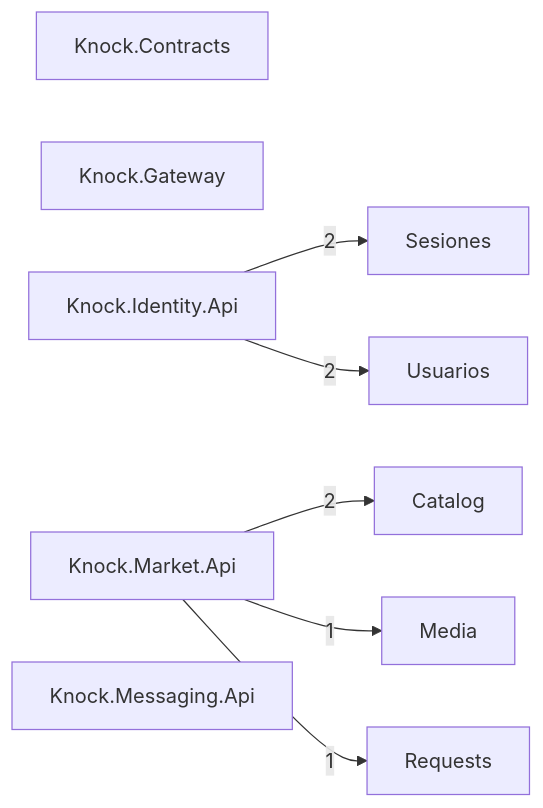
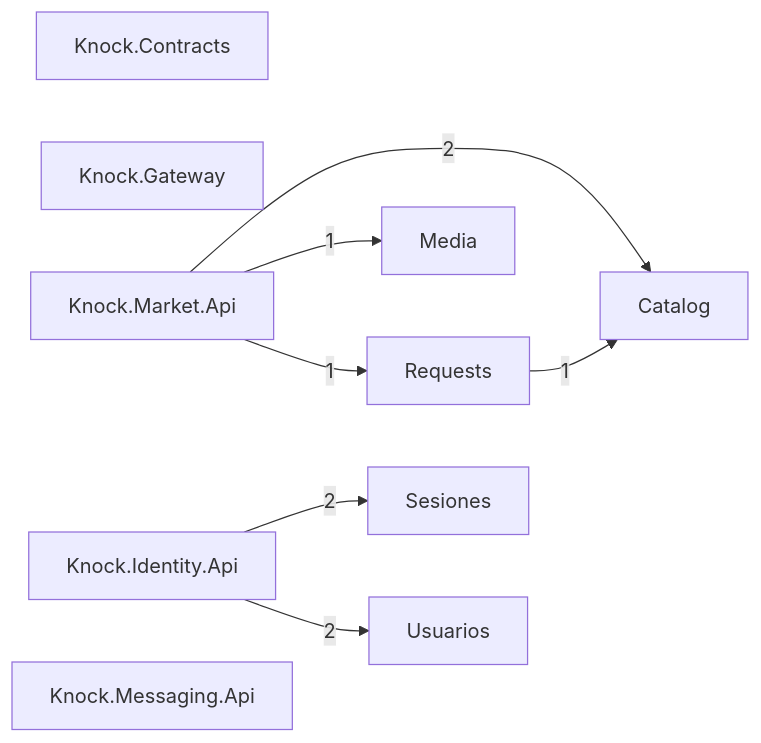
The diagram in docs/architecture/modules.mmd (Tensei-Devs/knock-backend), drawn with Mermaid before and after one commit. The commit also changed 31 other files, not shown here.

```diff
--- a/docs/architecture/modules.mmd
+++ b/docs/architecture/modules.mmd
@@ -1,16 +1,17 @@
 graph LR
   Catalog["Catalog"]
   Knock_Contracts["Knock.Contracts"]
   Knock_Gateway["Knock.Gateway"]
   Knock_Identity_Api["Knock.Identity.Api"]
   Knock_Market_Api["Knock.Market.Api"]
   Knock_Messaging_Api["Knock.Messaging.Api"]
   Media["Media"]
   Requests["Requests"]
   Sesiones["Sesiones"]
   Usuarios["Usuarios"]
   Knock_Identity_Api -->|2| Sesiones
   Knock_Identity_Api -->|2| Usuarios
   Knock_Market_Api -->|2| Catalog
   Knock_Market_Api -->|1| Media
   Knock_Market_Api -->|1| Requests
+  Requests -->|1| Catalog
```
